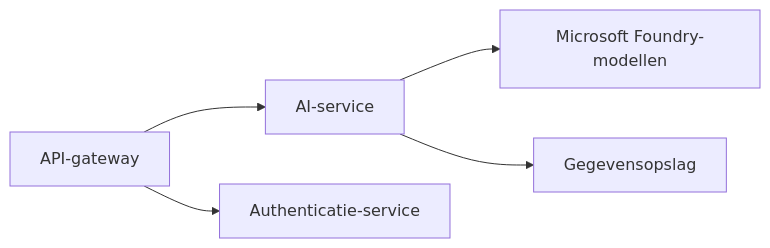
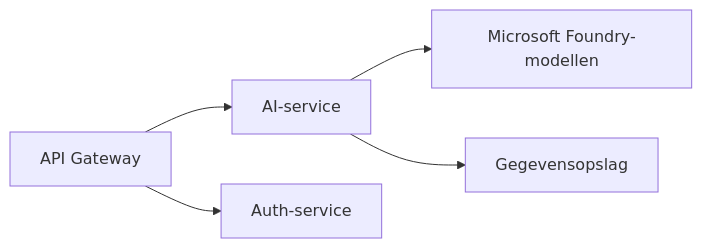
Before and after one commit to microsoft/AZD-for-beginners: the first of 2 diagrams in translations/nl/docs/chapter-08-production/README.md, drawn with Mermaid. The commit also changed other lines of this file and 61 other files, not shown here.

````diff
--- a/translations/nl/docs/chapter-08-production/README.md
+++ b/translations/nl/docs/chapter-08-production/README.md
@@ -48,6 +48,6 @@
 ```mermaid
 graph LR
-    Gateway[API-gateway] --> AI[AI-service] --> Models[Microsoft Foundry-modellen]
-    Gateway --> Auth[Authenticatie-service]
+    Gateway[API Gateway] --> AI[AI-service] --> Models[Microsoft Foundry-modellen]
+    Gateway --> Auth[Auth-service]
     AI --> Data[Gegevensopslag]
 ```
````
